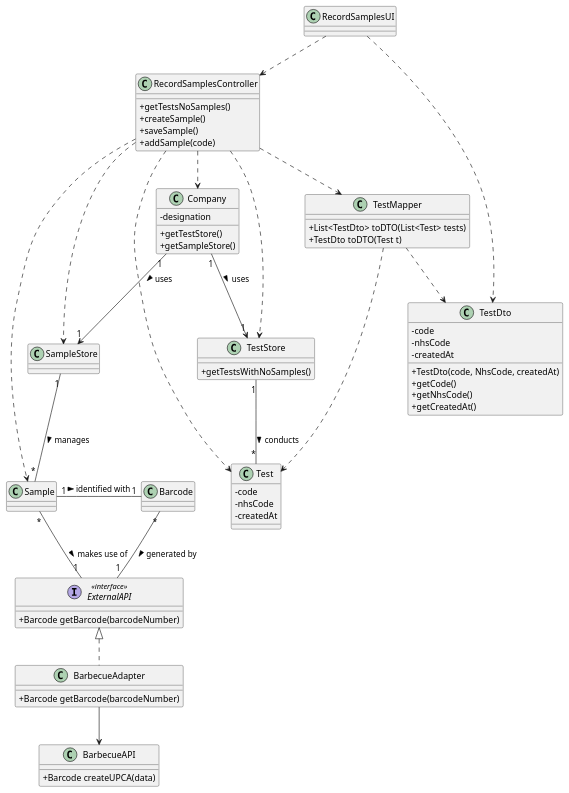
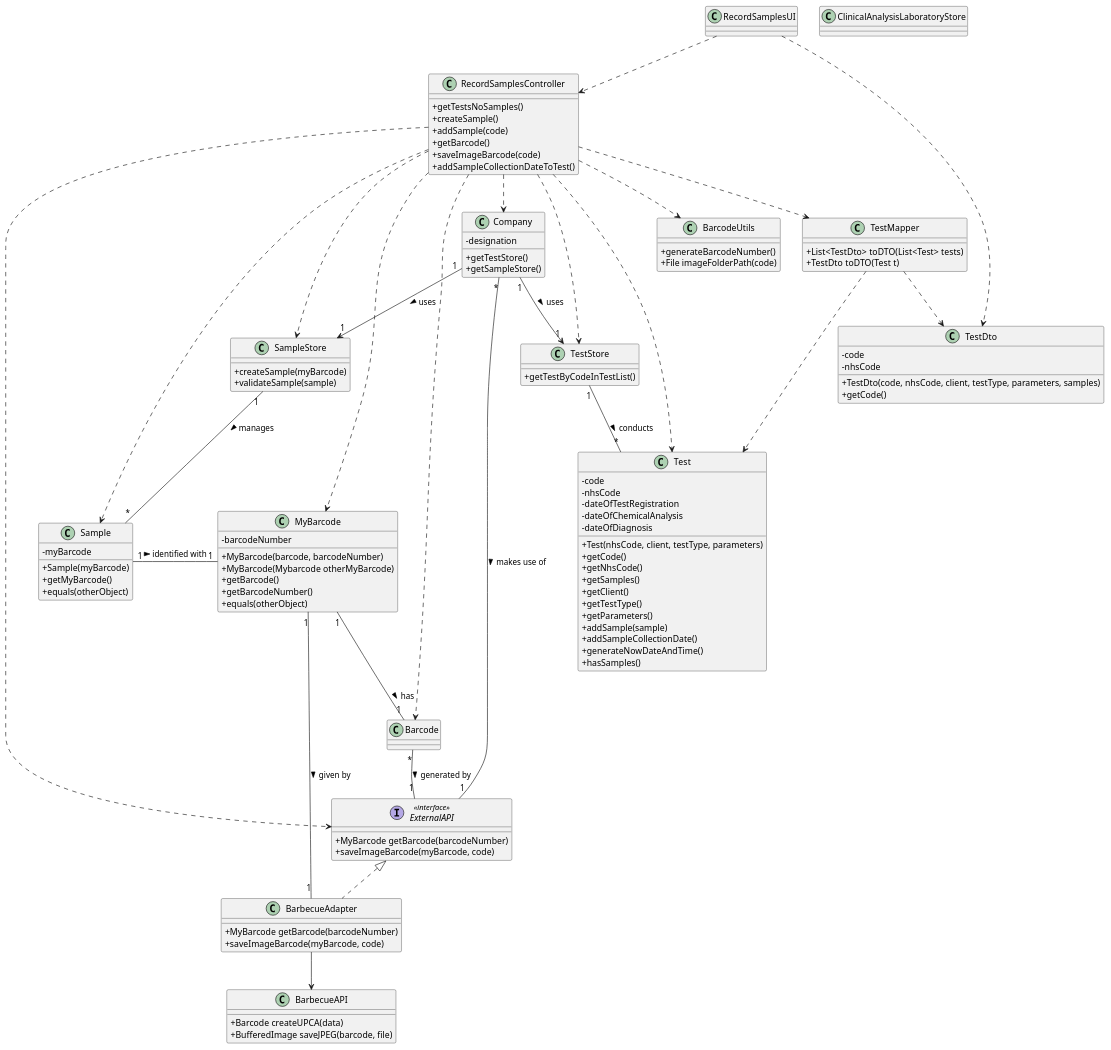
One commit to ana-albergaria/LAPR2-ISEP changed the diagram in docs/SprintC/US_5/US5_CD.puml. Above: the diagram before and after it, drawn with PlantUML. The commit also changed 24 other files, not shown here.

Commit message:
US5 Fixing Model Domain and Class Diagram

```diff
--- a/docs/SprintC/US_5/US5_CD.puml
+++ b/docs/SprintC/US_5/US5_CD.puml
@@ -1,92 +1,139 @@
 @startuml
 
 skinparam classAttributeIconSize 0
+/'hide empty methods
+hide empty attributes'/
 
 
 class RecordSamplesUI {}
 
 class RecordSamplesController {
 +getTestsNoSamples()
 +createSample()
-+saveSample()
 +addSample(code)
++getBarcode()
++saveImageBarcode(code)
++addSampleCollectionDateToTest()
 }
 
 class Company {
 -designation
 +getTestStore()
 +getSampleStore()
 }
 
 class TestStore {
-+getTestsWithNoSamples()
++getTestByCodeInTestList()
 }
 
 class TestMapper {
 +List<TestDto> toDTO(List<Test> tests)
 +TestDto toDTO(Test t)
 }
 
 class TestDto {
 - code
 - nhsCode
-- createdAt
-+TestDto(code, NhsCode, createdAt)
++TestDto(code, nhsCode, client, testType, parameters, samples)
 +getCode()
-+getNhsCode()
-+getCreatedAt()
 }
 
 class Test {
 - code
 - nhsCode
-- createdAt
+- dateOfTestRegistration
+- dateOfChemicalAnalysis
+- dateOfDiagnosis
++Test(nhsCode, client, testType, parameters)
++getCode()
++getNhsCode()
++getSamples()
++getClient()
++getTestType()
++getParameters()
++addSample(sample)
++addSampleCollectionDate()
++generateNowDateAndTime()
++hasSamples()
 }
 
-class Sample {}
+class Sample {
+-myBarcode
++Sample(myBarcode)
++getMyBarcode()
++equals(otherObject)
+}
 
-class SampleStore {}
+class SampleStore {
++createSample(myBarcode)
++validateSample(sample)
+}
 
 class Barcode {}
 
+class MyBarcode {
+- barcodeNumber
++MyBarcode(barcode, barcodeNumber)
++MyBarcode(Mybarcode otherMyBarcode)
++getBarcode()
++getBarcodeNumber()
++equals(otherObject)
+}
+
 interface ExternalAPI <<interface>> {
-+Barcode getBarcode(barcodeNumber)
++MyBarcode getBarcode(barcodeNumber)
++saveImageBarcode(myBarcode, code)
 }
 
 class BarbecueAdapter {
-+Barcode getBarcode(barcodeNumber)
++MyBarcode getBarcode(barcodeNumber)
++saveImageBarcode(myBarcode, code)
 }
 
 class BarbecueAPI{
 +Barcode createUPCA(data)
++BufferedImage saveJPEG(barcode, file)
+}
+
+class ClinicalAnalysisLaboratoryStore {}
+
+class BarcodeUtils{
++generateBarcodeNumber()
++File imageFolderPath(code)
 }
 
 
 RecordSamplesUI ..> RecordSamplesController
 RecordSamplesUI ..> TestDto
 RecordSamplesController ..> TestMapper
 RecordSamplesController ..> TestStore
 RecordSamplesController ..> SampleStore
 RecordSamplesController ..> Company
 RecordSamplesController ..> Test
+RecordSamplesController ..> Barcode
+RecordSamplesController ..> MyBarcode
+RecordSamplesController ..> ExternalAPI
+RecordSamplesController ..> BarcodeUtils
 TestMapper ..> Test
 TestMapper ..> TestDto
 RecordSamplesController ..> Sample
 Company "1" --> "1" SampleStore : uses >
 SampleStore "1" -- "*" Sample : manages >
 TestStore "1" -- "*" Test : conducts >
 Company "1" --> "1" TestStore : uses >
-Sample "1" - "1" Barcode : identified with >
+Sample "1" - "1" MyBarcode : identified with >
+MyBarcode "1" -- "1" Barcode : has >
 Barcode "*" -- "1" ExternalAPI : generated by >
-Sample "*" -- "1" ExternalAPI : makes use of >
+Company "*" -- "1" ExternalAPI : makes use of >
+MyBarcode "1" -- "1" BarbecueAdapter : given by >
 
 class BarbecueAdapter implements ExternalAPI
 
 BarbecueAdapter --> BarbecueAPI
 
 
 
 
 
 
 @enduml
```
